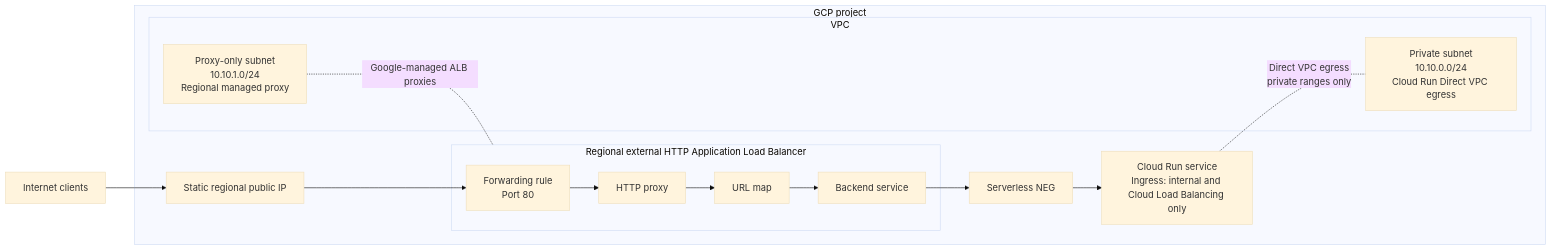
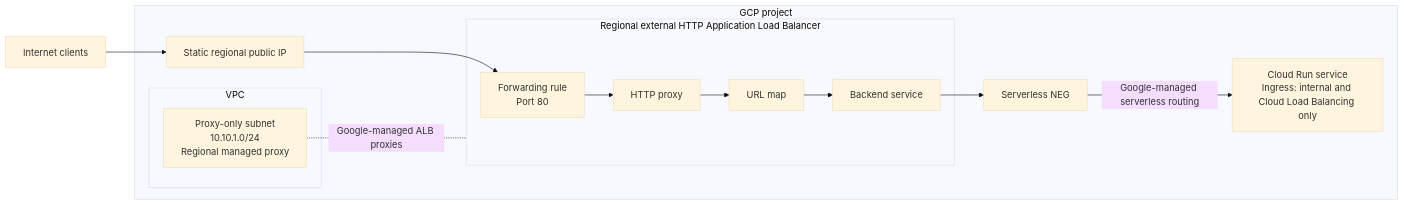
The diagram in README.md (AgustinRamiroDiaz/devops-challenge-senior), drawn with Mermaid (base theme) before and after one commit. The commit also changed other lines of this file and 5 other files, not shown here.

Commit message:
simplify private network with gcp managed infra

````diff
--- a/README.md
+++ b/README.md
@@ -11,27 +11,26 @@
 ```mermaid
 flowchart LR
   client[Internet clients]
 
   subgraph project["GCP project"]
     subgraph vpc["VPC"]
-      workload_subnet["Private subnet<br/>10.10.0.0/24<br/>Cloud Run Direct VPC egress"]
       proxy_subnet["Proxy-only subnet<br/>10.10.1.0/24<br/>Regional managed proxy"]
     end
 
     ip["Static regional public IP"]
 
     subgraph alb["Regional external HTTP Application Load Balancer"]
       forwarding_rule["Forwarding rule<br/>Port 80"]
       http_proxy["HTTP proxy"]
       url_map["URL map"]
       backend["Backend service"]
     end
 
     neg["Serverless NEG"]
     cloud_run["Cloud Run service<br/>Ingress: internal and Cloud Load Balancing only"]
   end
 
-  client --> ip --> forwarding_rule --> http_proxy --> url_map --> backend --> neg --> cloud_run
+  client --> ip --> forwarding_rule --> http_proxy --> url_map --> backend --> neg
+  neg -- "Google-managed serverless routing" --> cloud_run
   proxy_subnet -. "Google-managed ALB proxies" .- alb
-  cloud_run -. "Direct VPC egress<br/>private ranges only" .- workload_subnet
 ```
````
